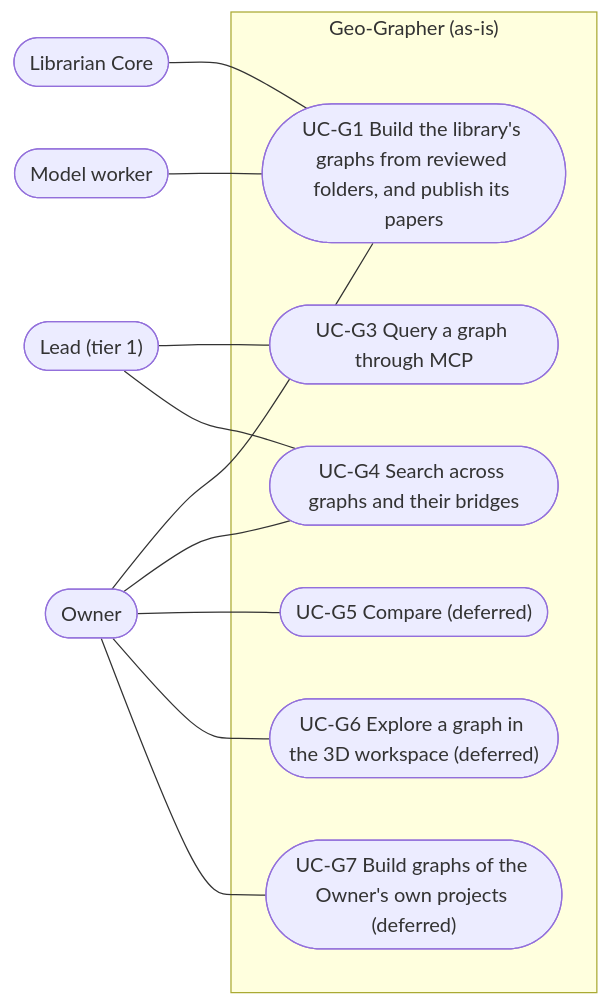
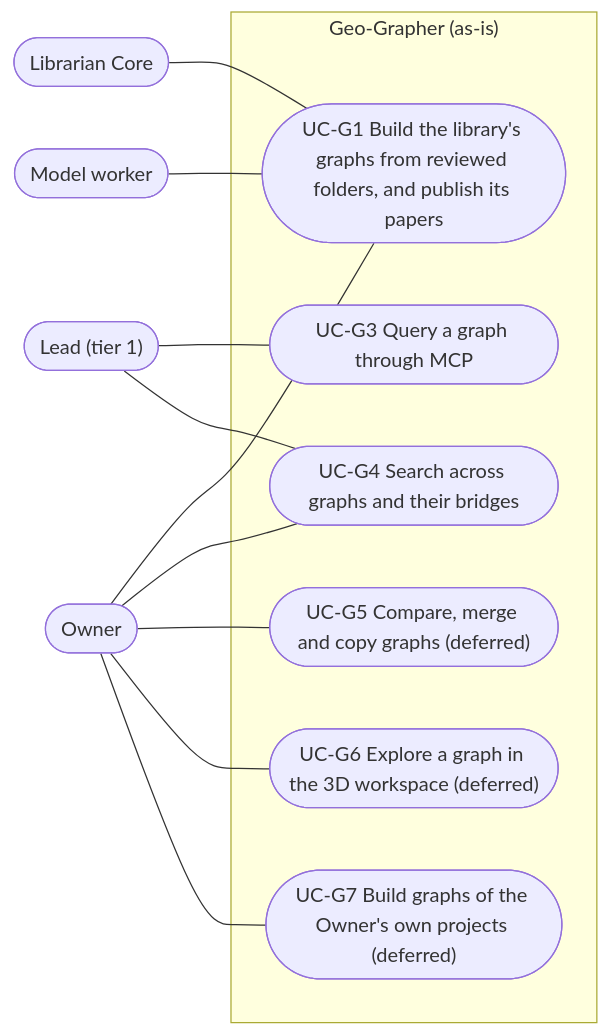
One commit to Jake36999/Librarian_V2 changed the diagram in reports/2026-11-25-systems-analysis-finalisation/geo-grapher/as-is/use-case-diagram.md. Above: the diagram before and after it, drawn with Mermaid. The commit also changed other lines of this file and 36 other files, not shown here.

````diff
--- a/reports/2026-11-25-systems-analysis-finalisation/geo-grapher/as-is/use-case-diagram.md
+++ b/reports/2026-11-25-systems-analysis-finalisation/geo-grapher/as-is/use-case-diagram.md
@@ -5,24 +5,24 @@
 ```mermaid
 flowchart LR
   owner(["Owner"])
   lead(["Lead (tier 1)"])
   core(["Librarian Core"])
   model(["Model worker"])
   subgraph system["Geo-Grapher (as-is)"]
     UC_G1(["UC-G1 Build the library's graphs from reviewed folders, and publish its papers"])
     UC_G3(["UC-G3 Query a graph through MCP"])
     UC_G4(["UC-G4 Search across graphs and their bridges"])
-    UC_G5(["UC-G5 Compare (deferred)"])
+    UC_G5(["UC-G5 Compare, merge and copy graphs (deferred)"])
     UC_G6(["UC-G6 Explore a graph in the 3D workspace (deferred)"])
     UC_G7(["UC-G7 Build graphs of the Owner's own projects (deferred)"])
   end
   owner --- UC_G1
   core --- UC_G1
   model --- UC_G1
   lead --- UC_G3
   lead --- UC_G4
   owner --- UC_G4
   owner --- UC_G5
   owner --- UC_G6
   owner --- UC_G7
 ```
````
